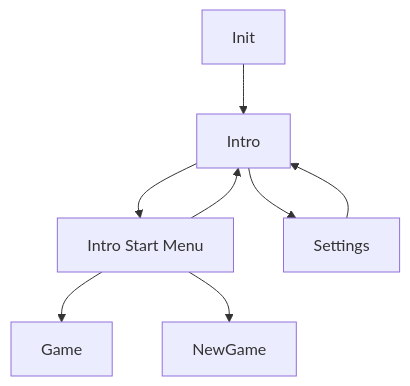
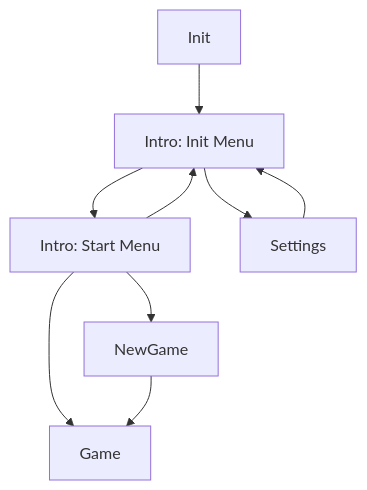
The diagram in README.md (CharlesTheIX/epiteleo), drawn with Mermaid before and after one commit. The commit also changed other lines of this file and 6 other files, not shown here.

````diff
--- a/README.md
+++ b/README.md
@@ -56,10 +52,11 @@
 ```mermaid
 flowchart TD
-	A[Init] --> B[Intro]
-	B --> C[Intro Start Menu]
-	C --> D[Game]
-	C --> E[NewGame]
-	B --> F[Settings]
+	A[Init] --> B[Intro: Init Menu]
+	B --> C[Intro: Start Menu]
+	B --> D[Settings]
+	C --> E[Game]
+	C --> F[NewGame]
 	C --> B
-	F --> B
+	D --> B
+	F --> E
 ```
````
